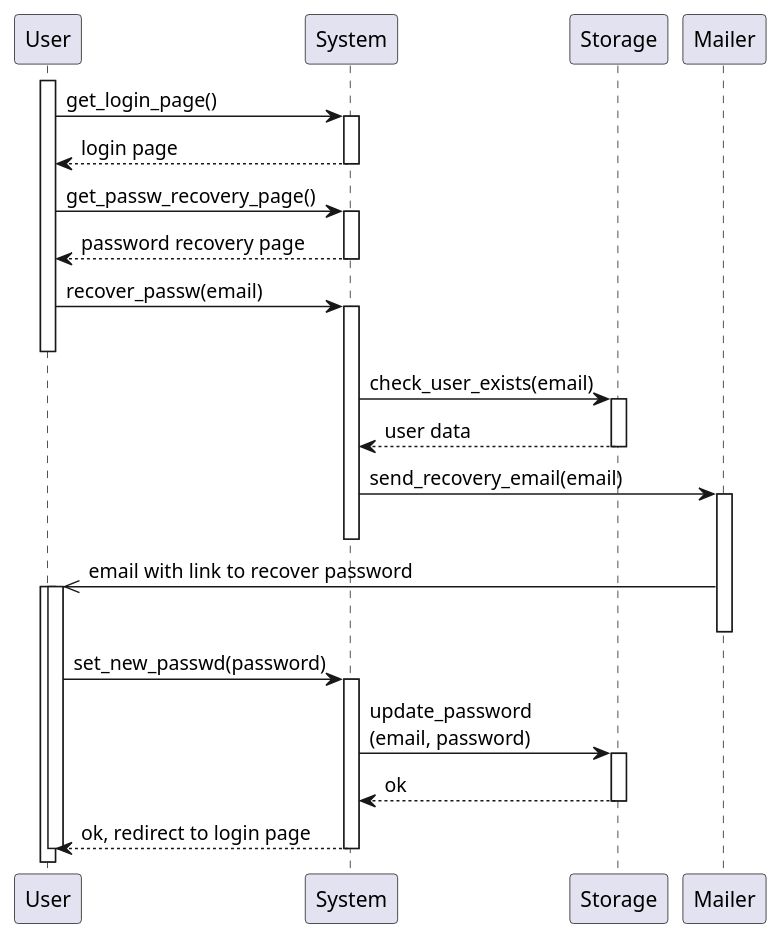
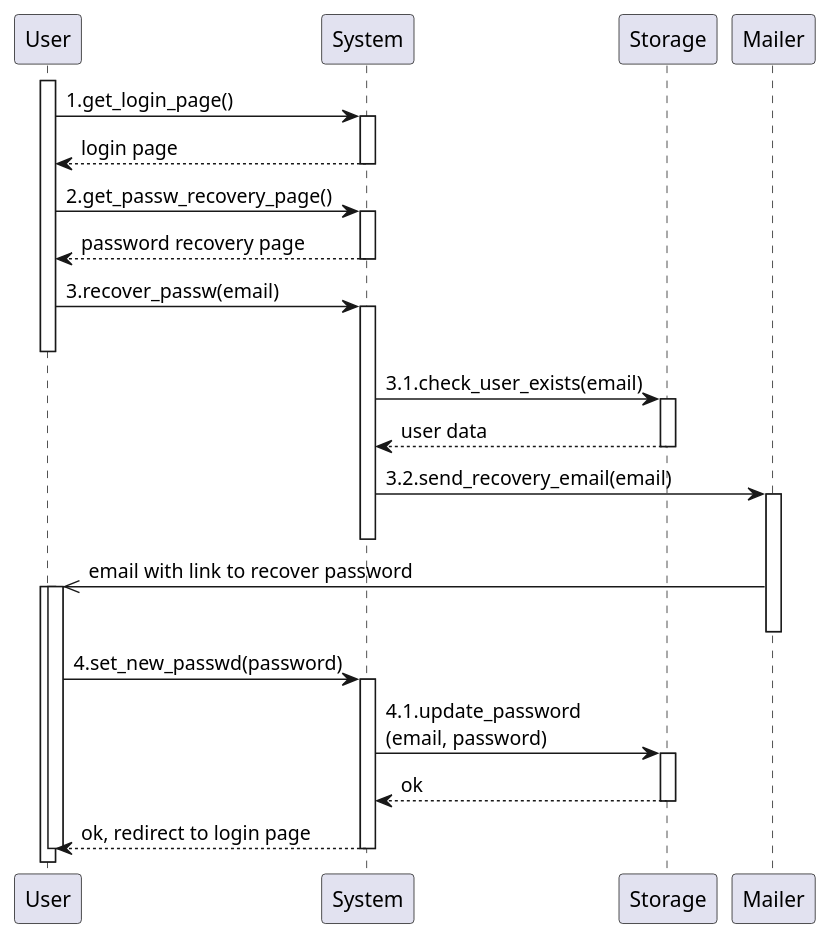
Before and after one commit to GiorgioUghini/SafeStreets: the third of 3 diagrams in RASD/materials/uml/useCases/signUp&login.wsd, drawn with PlantUML. The commit also changed other lines of this file and 7 other files, not shown here.

Commit message:
Add numbers to sequence diagrams

```diff
--- a/RASD/materials/uml/useCases/signUp&login.wsd
+++ b/RASD/materials/uml/useCases/signUp&login.wsd
@@ -37,29 +37,29 @@
 @startuml password_recovery
     autoactivate on
 
     participant User as U
     participant System as S
     participant Storage as ST
     participant Mailer as M
 
     activate U
-    U -> S: get_login_page()
+    U -> S: 1.get_login_page()
     return login page
-    U -> S: get_passw_recovery_page()
+    U -> S: 2.get_passw_recovery_page()
     return password recovery page
-    U -> S: recover_passw(email)
+    U -> S: 3.recover_passw(email)
     deactivate U
-    S -> ST: check_user_exists(email)
+    S -> ST: 3.1.check_user_exists(email)
     return user data
-    S -> M: send_recovery_email(email)
+    S -> M: 3.2.send_recovery_email(email)
     deactivate S
     M ->> U: email with link to recover password
     deactivate M
     activate U
-    U -> S: set_new_passwd(password)
-    S -> ST: update_password\n(email, password)
+    U -> S: 4.set_new_passwd(password)
+    S -> ST: 4.1.update_password\n(email, password)
     return ok
     return ok, redirect to login page
     deactivate U
 
 @enduml
```
